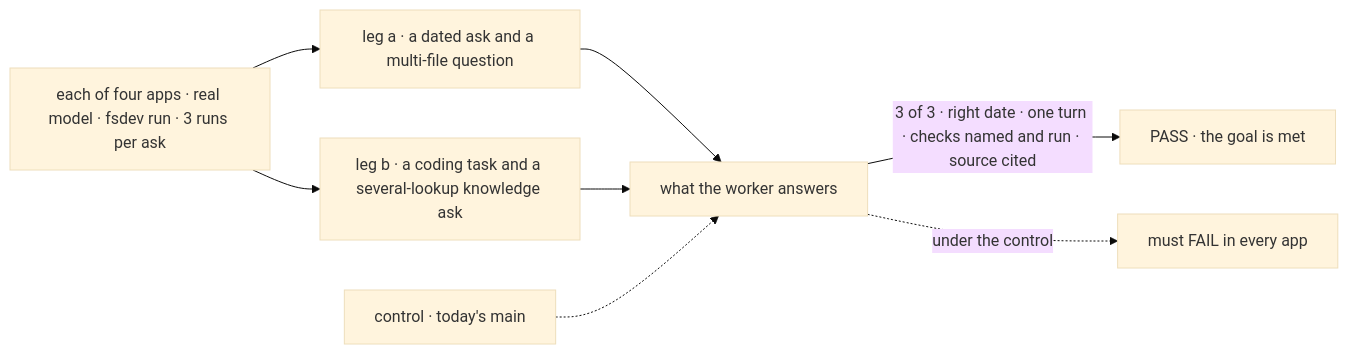
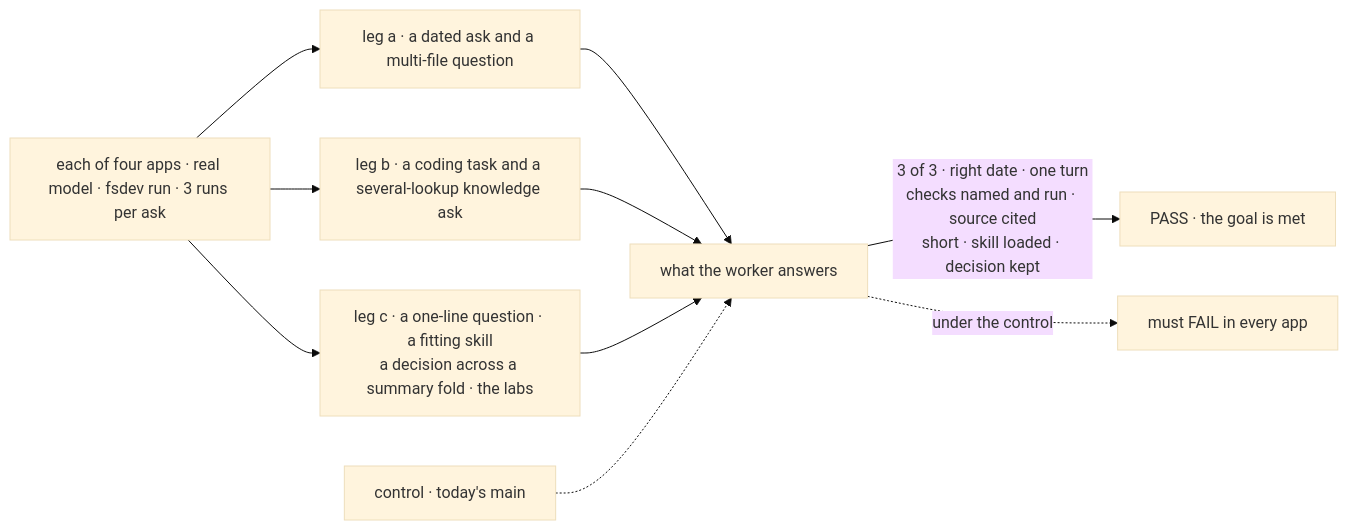
One commit to fixpoint-labs/flow-state-dev changed the first of 2 diagrams in specs/epics/FIX-2490/SPEC.md. Above: the diagram before and after it, drawn with Mermaid (base theme). The commit also changed other lines of this file and 2 other files, not shown here.

````diff
--- a/specs/epics/FIX-2490/SPEC.md
+++ b/specs/epics/FIX-2490/SPEC.md
@@ -33,10 +33,12 @@
 ```mermaid
 flowchart LR
   A["each of four apps · real model · fsdev run · 3 runs per ask"] --> L1["leg a · a dated ask and a multi-file question"]
   A --> L2["leg b · a coding task and a several-lookup knowledge ask"]
+  A --> L3["leg c · a one-line question · a fitting skill<br/>a decision across a summary fold · the labs"]
   L1 --> T["what the worker answers"]
   L2 --> T
-  T -->|"3 of 3 · right date · one turn · checks named and run · source cited"| P["PASS · the goal is met"]
+  L3 --> T
+  T -->|"3 of 3 · right date · one turn<br/>checks named and run · source cited<br/>short · skill loaded · decision kept"| P["PASS · the goal is met"]
   C["control · today's main"] -.-> T
   T -.->|"under the control"| F["must FAIL in every app"]
 ```
````
